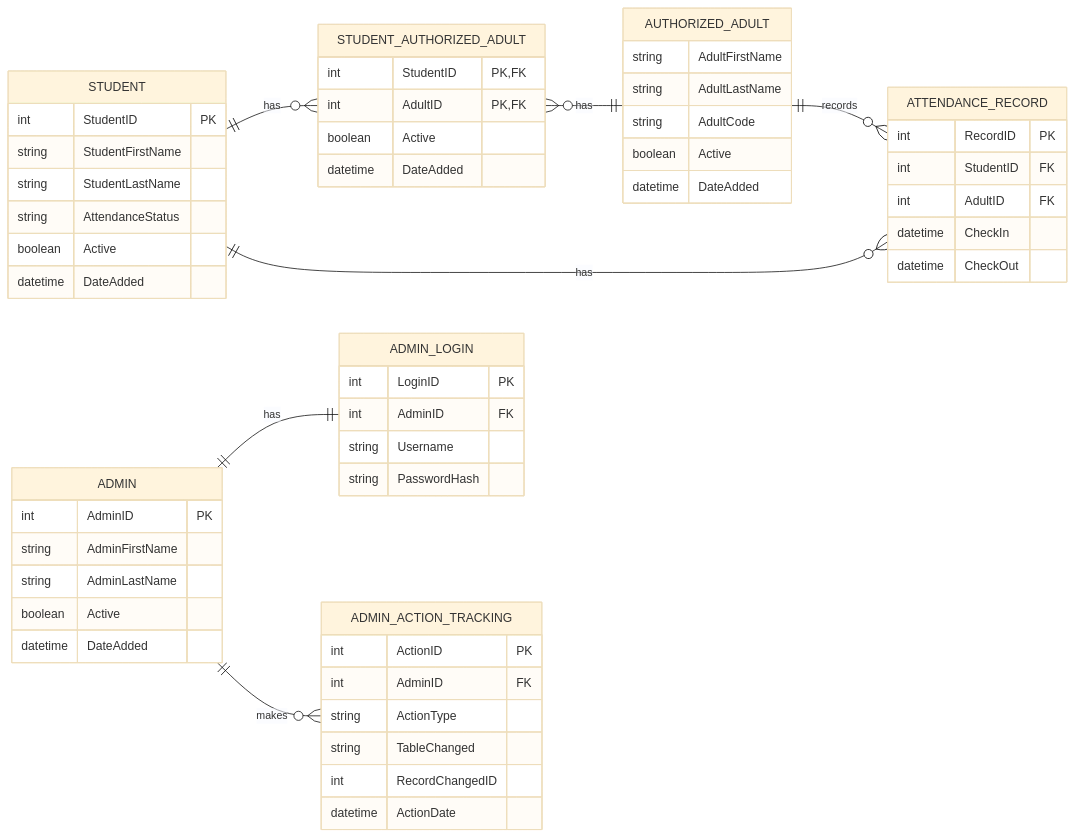
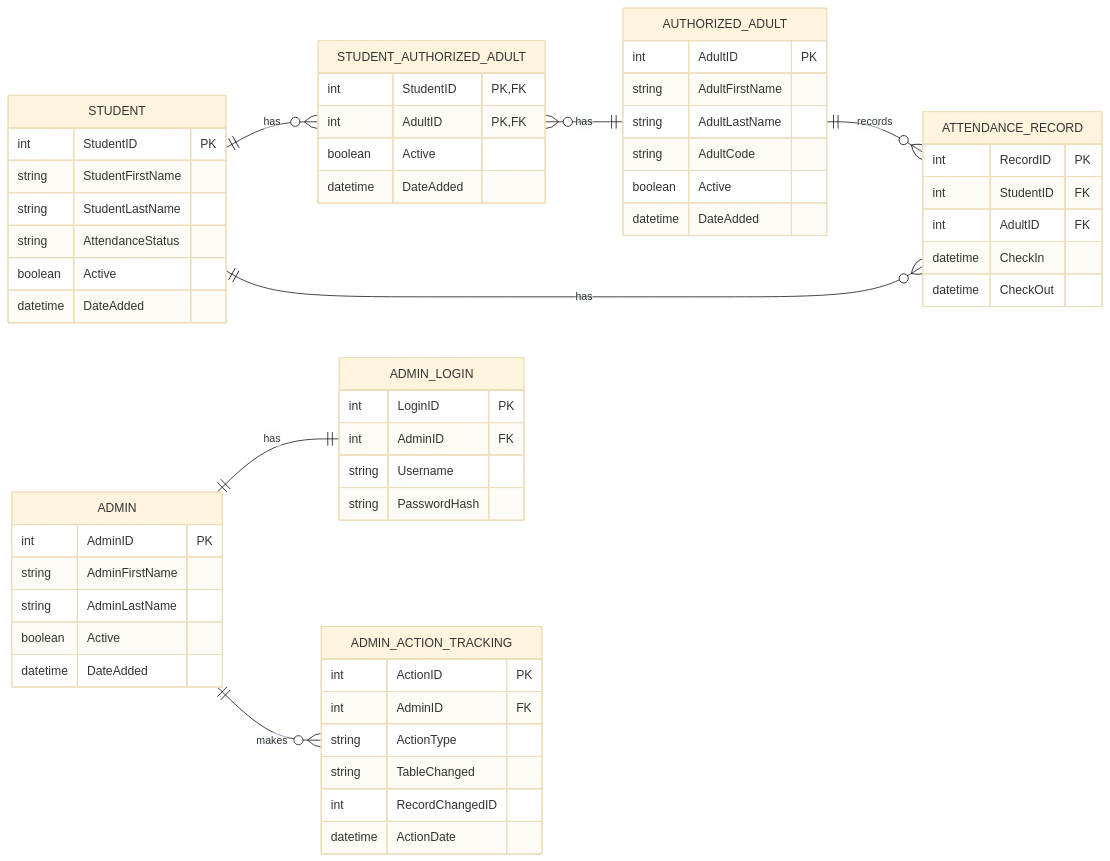
The diagram in app/server/erd.md (ulianatop/montessori-student-attendance-tracker), drawn with Mermaid (base theme) before and after one commit. The commit also changed 3 other files, not shown here.

Commit message:
Update ERD, SQL schema and backend queries

````diff
--- a/app/server/erd.md
+++ b/app/server/erd.md
@@ -1,68 +1,69 @@
 ```mermaid
     erDiagram
     direction LR
         STUDENT ||--o{ STUDENT_AUTHORIZED_ADULT : has
         STUDENT_AUTHORIZED_ADULT }o--|| AUTHORIZED_ADULT : has
 
         STUDENT ||--o{ ATTENDANCE_RECORD : has
         AUTHORIZED_ADULT ||--o{ ATTENDANCE_RECORD : records
 
         ADMIN ||--|| ADMIN_LOGIN : has
         ADMIN ||--o{ ADMIN_ACTION_TRACKING : makes
 
         STUDENT {
             int StudentID PK
             string StudentFirstName
             string StudentLastName
             string AttendanceStatus
             boolean Active
             datetime DateAdded
         }
 
         AUTHORIZED_ADULT {
+            int AdultID PK
             string AdultFirstName
             string AdultLastName
             string AdultCode
             boolean Active
             datetime DateAdded
         }
 
         ATTENDANCE_RECORD {
             int RecordID PK
             int StudentID FK
             int AdultID FK
             datetime CheckIn
             datetime CheckOut
         }
 
         STUDENT_AUTHORIZED_ADULT {
             int StudentID PK, FK
             int AdultID PK, FK
             boolean Active
             datetime DateAdded
         }
 
         ADMIN {
             int AdminID PK
             string AdminFirstName
             string AdminLastName
             boolean Active
             datetime DateAdded
         }
 
         ADMIN_LOGIN {
             int LoginID PK
             int AdminID FK
             string Username
             string PasswordHash
         }
 
         ADMIN_ACTION_TRACKING {
             int ActionID PK
             int AdminID FK
             string ActionType
             string TableChanged
             int RecordChangedID
             datetime ActionDate
         }
 ```
````
